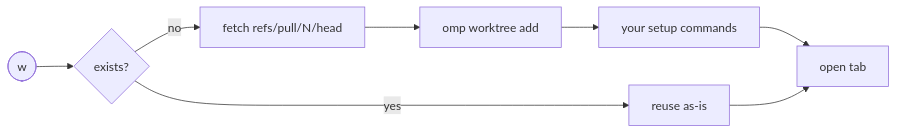
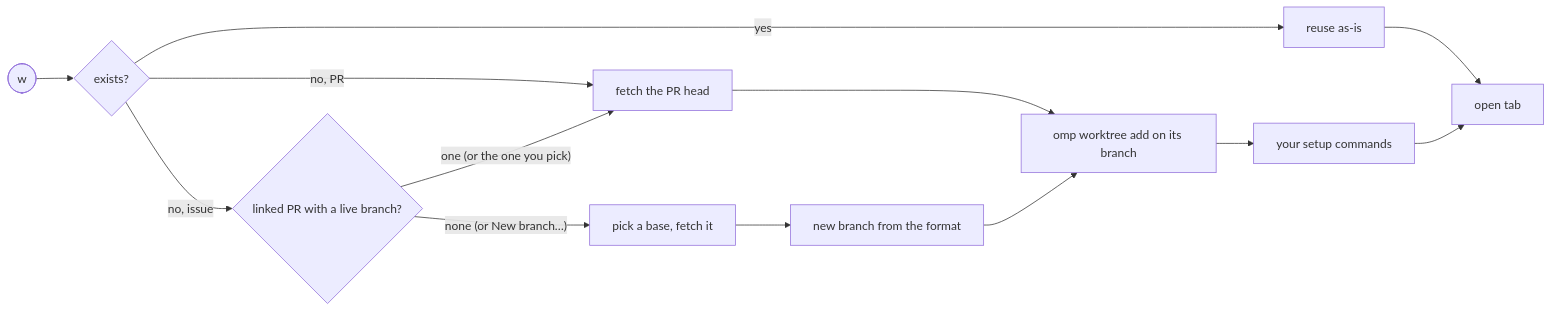
One commit to andyhite/tern-plotroom changed the diagram in README.md. Above: the diagram before and after it, drawn with Mermaid. The commit also changed other lines of this file and 11 other files, not shown here.

Commit message:
feat(plugin): Added branch and worktree name formats, PR worktrees on their head branch, and issue worktrees on a linked PR or a picked base

````diff
--- a/README.md
+++ b/README.md
@@ -70,6 +70,9 @@
 ```mermaid
 flowchart LR
     W([w]) --> E{exists?}
-    E -- no --> F[fetch refs/pull/N/head] --> C[omp worktree add] --> S[your setup commands] --> T[open tab]
-    E -- yes --> R[reuse as-is] --> T
+    E -- yes --> R[reuse as-is] --> T[open tab]
+    E -- "no, PR" --> F[fetch the PR head] --> C[omp worktree add on its branch] --> S[your setup commands] --> T
+    E -- "no, issue" --> L{linked PR with a live branch?}
+    L -- "one (or the one you pick)" --> F
+    L -- "none (or New branch…)" --> B[pick a base, fetch it] --> N[new branch from the format] --> C
 ```
````
